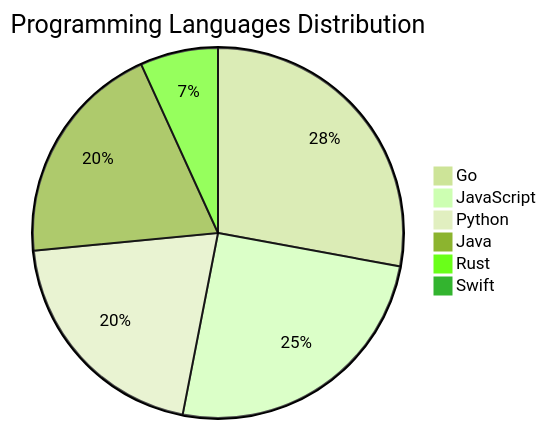
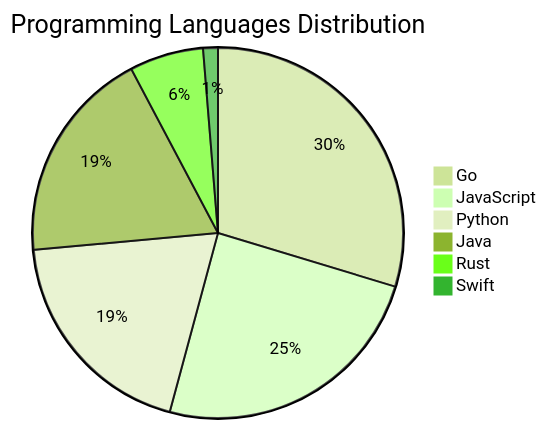
The diagram in README.md (Derrick-MUGISHA/github-activity-bot), drawn with Mermaid (forest theme) before and after one commit. The commit also changed other lines of this file and 4 other files, not shown here.

````diff
--- a/README.md
+++ b/README.md
@@ -206,9 +206,9 @@
 ```mermaid
 pie title Programming Languages Distribution
-    "Go" : 41
-    "JavaScript" : 37
+    "Go" : 46
+    "JavaScript" : 38
     "Python" : 30
     "Java" : 29
     "Rust" : 10
-    "Swift" : 1
+    "Swift" : 2
 ```
````
